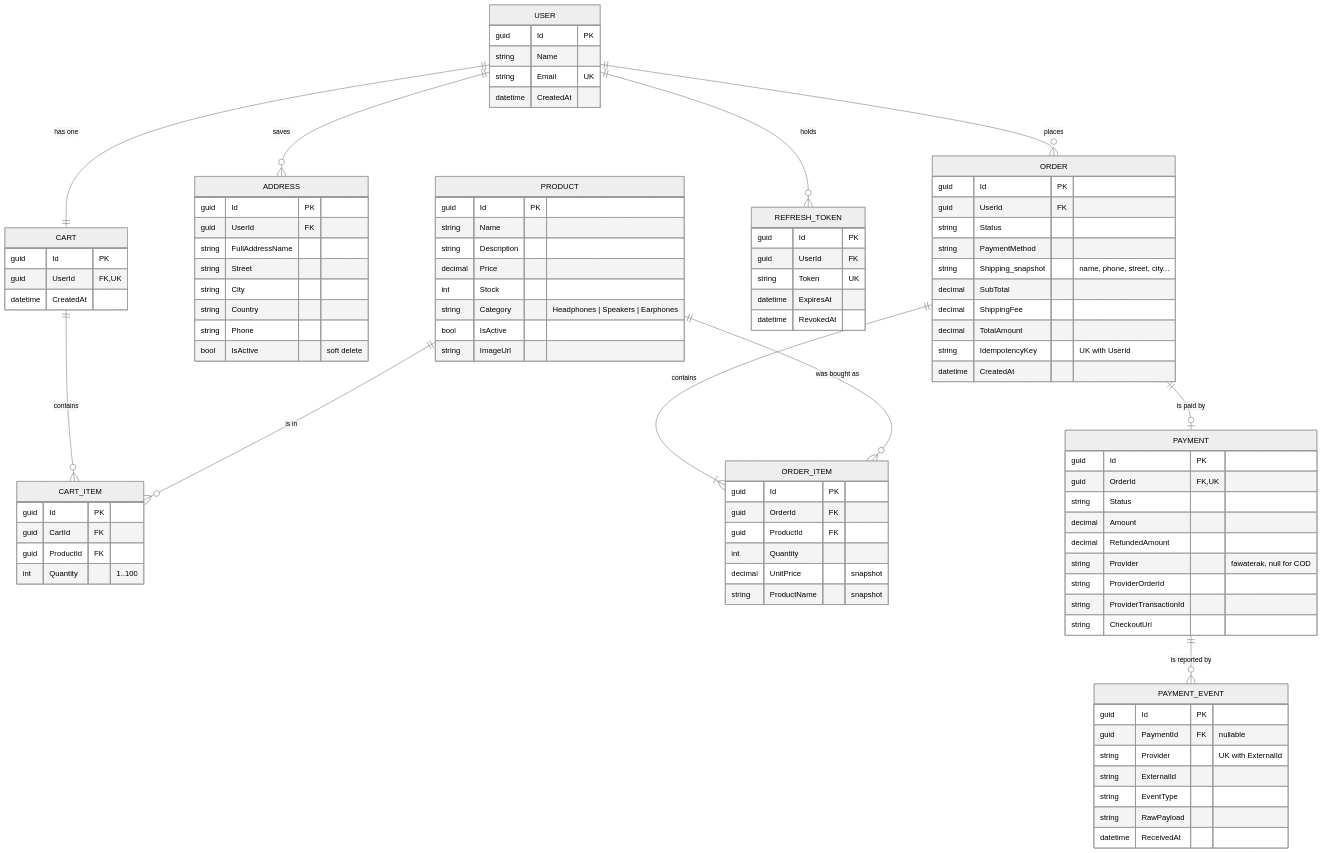
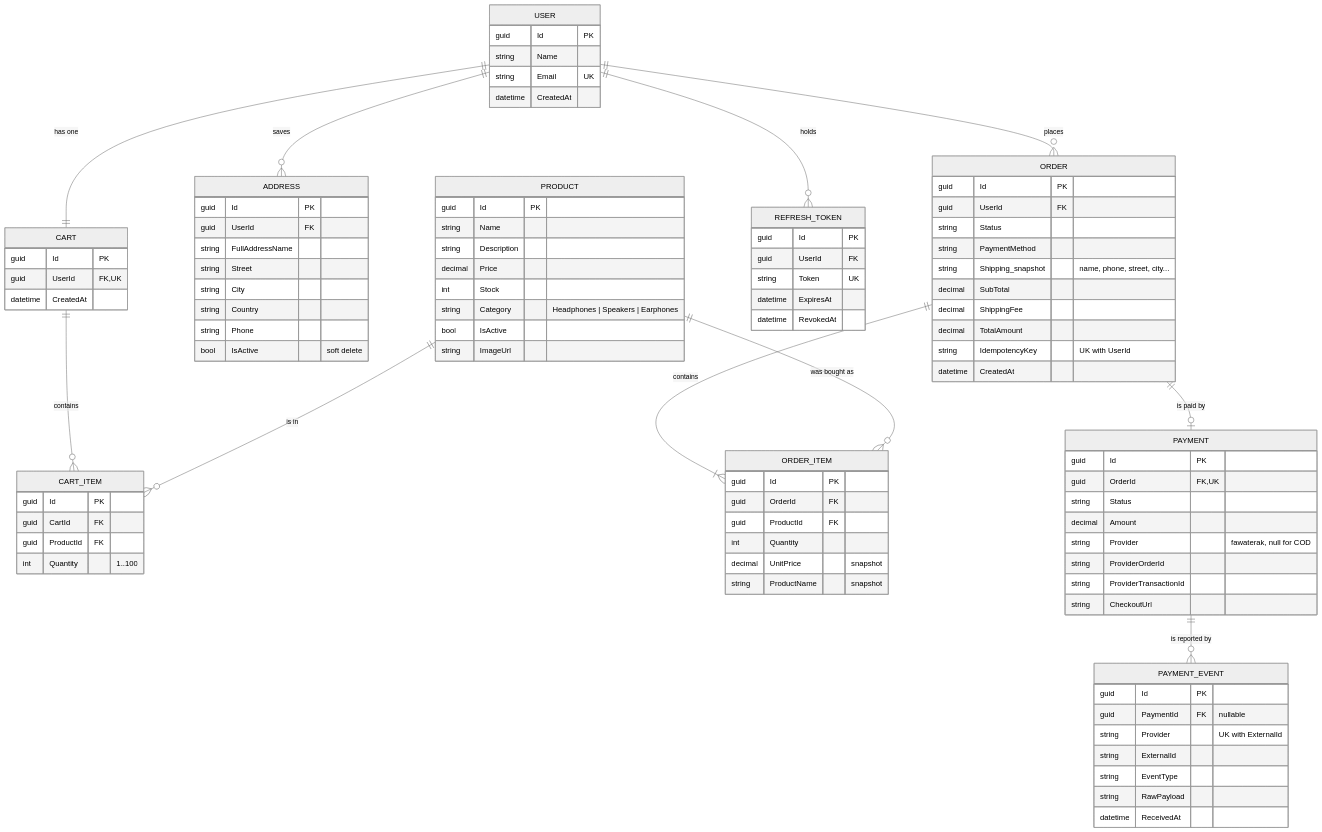
One commit to nourokbi/audiophile-store changed the third of 9 diagrams in docs/diagrams.md. Above: the diagram before and after it, drawn with Mermaid (neutral theme). The commit also changed other lines of this file and 91 other files, not shown here.

```diff
--- a/docs/diagrams.md
+++ b/docs/diagrams.md
@@ -154,7 +154,6 @@
         guid OrderId FK, UK
         string Status
         decimal Amount
-        decimal RefundedAmount
         string Provider "fawaterak, null for COD"
         string ProviderOrderId
         string ProviderTransactionId
```
